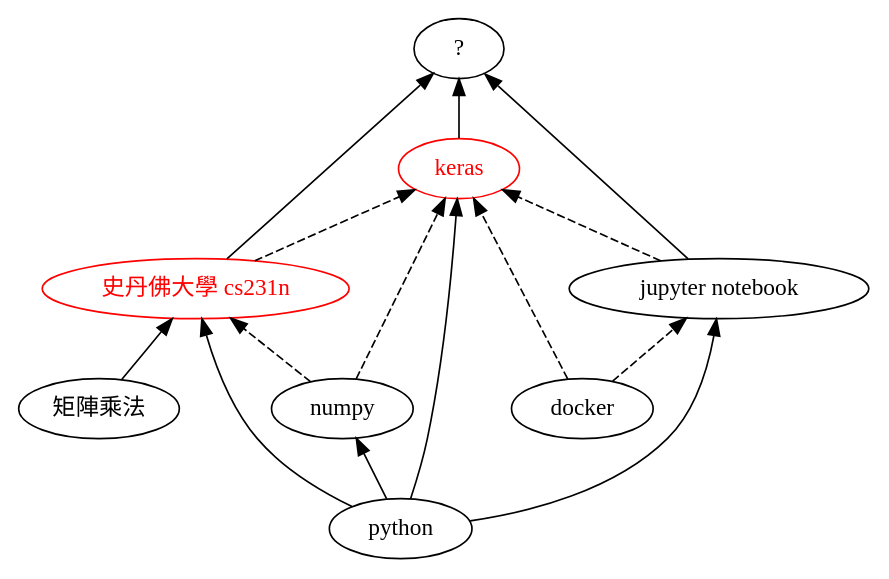
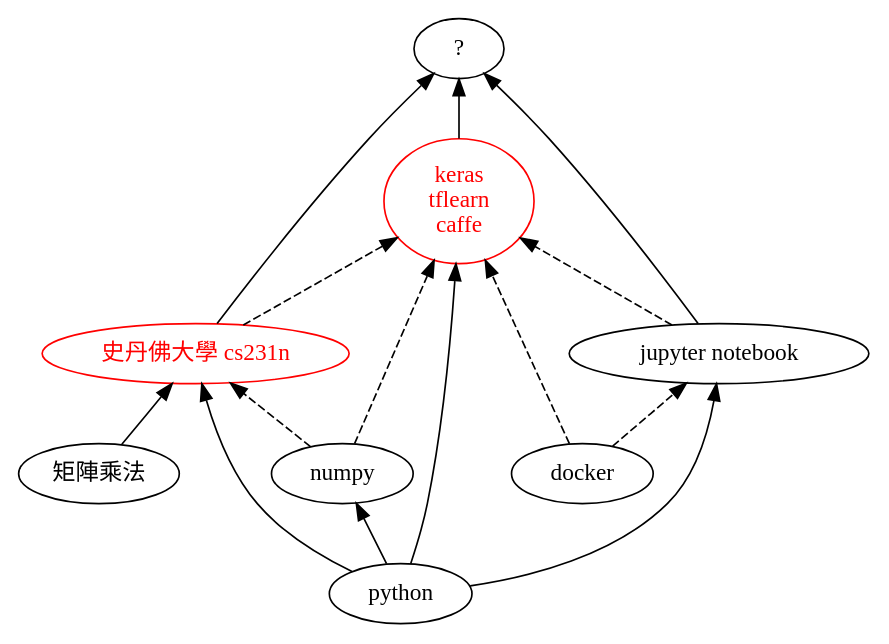
The diagram in a/m/17/machine-learning.dot (ckhung/ckhung.github.io), drawn with Graphviz before and after one commit. The commit also changed 1 other file, not shown here.

Commit message:
keras=>keras/tflearn/caffe

```diff
--- a/a/m/17/machine-learning.dot
+++ b/a/m/17/machine-learning.dot
@@ -1,22 +1,22 @@
 digraph "不求甚解工程師的 「機器學習」 學習捷徑地圖" {
 
     rankdir = BT;
     overlap = scale;
 
     python [ label="python"; ];
     docker [ label="docker"; ];
     jupyter [ label="jupyter notebook"; ];
     mat_mul [ label="矩陣乘法"; ];
     cs231n [ label="史丹佛大學 cs231n"; color="red"; fontcolor="red"; ];
-    keras [ label="keras"; color="red"; fontcolor="red"; ];
+    hilevel [ label="keras\ntflearn\ncaffe"; color="red"; fontcolor="red"; ];
     numpy [ label="numpy"; ];
     advanced [ label="?"; ];
 
-    python -> { numpy jupyter keras };
-    numpy -> { cs231n keras } [ style="dashed" ];
+    python -> { numpy jupyter hilevel };
+    numpy -> { cs231n hilevel } [ style="dashed" ];
     { mat_mul python } -> cs231n;
-    { jupyter cs231n keras } -> advanced;
+    { jupyter cs231n hilevel } -> advanced;
 
-    docker -> { keras jupyter} [ style="dashed" ];
-    { cs231n jupyter } -> keras [ style="dashed" ];
+    docker -> { hilevel jupyter} [ style="dashed" ];
+    { cs231n jupyter } -> hilevel [ style="dashed" ];
 }
```
